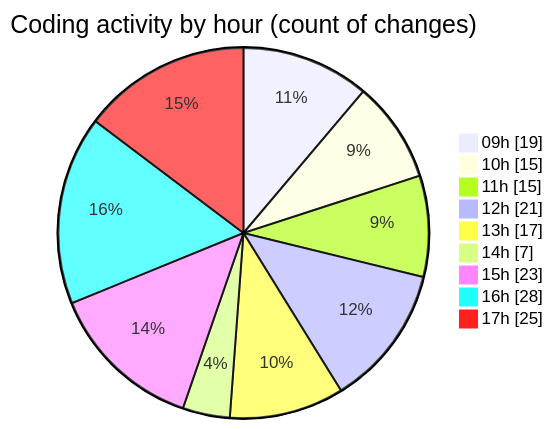
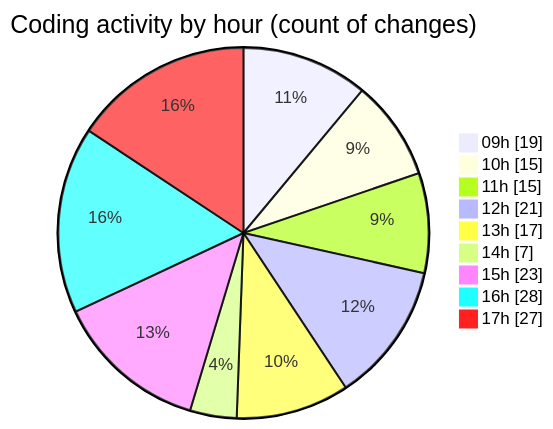
One commit to momahboobian/code-tracking changed the second of 2 diagrams in 2025-09-05/cda/README.md. Above: the diagram before and after it, drawn with Mermaid. The commit also changed other lines of this file and 1 other file, not shown here.

````diff
--- a/2025-09-05/cda/README.md
+++ b/2025-09-05/cda/README.md
@@ -37,13 +37,13 @@
 ```mermaid
 pie showData
 title Coding activity by hour (count of changes)
 "09h" : 19
 "10h" : 15
 "11h" : 15
 "12h" : 21
 "13h" : 17
 "14h" : 7
 "15h" : 23
 "16h" : 28
-"17h" : 25
+"17h" : 27
 ```
````
